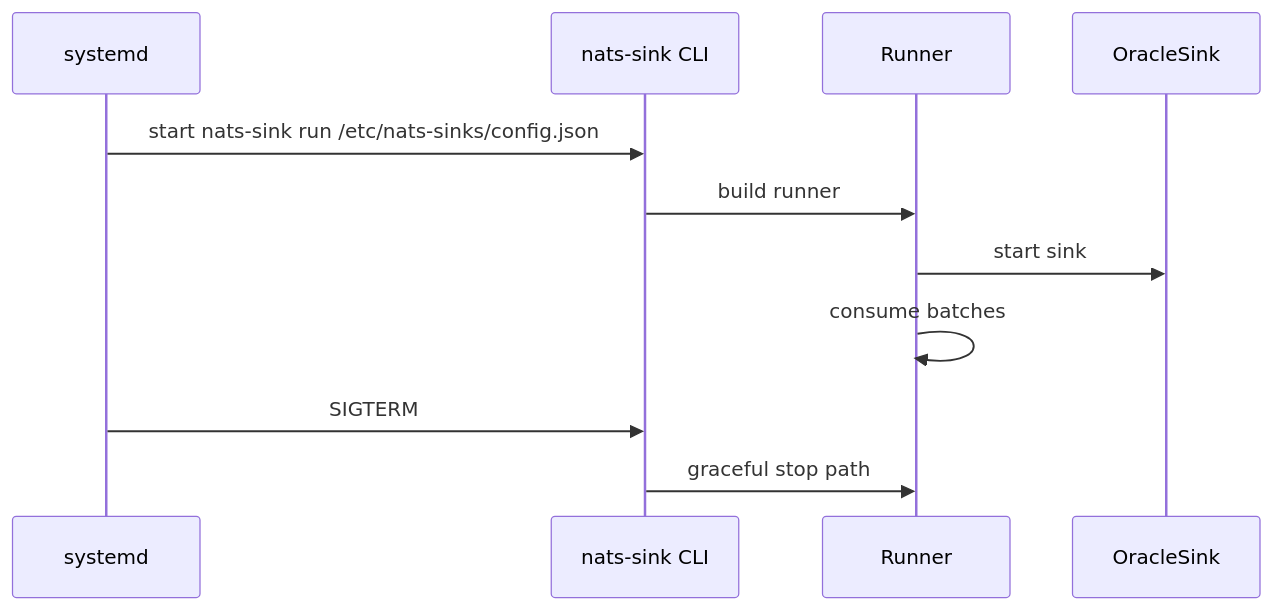
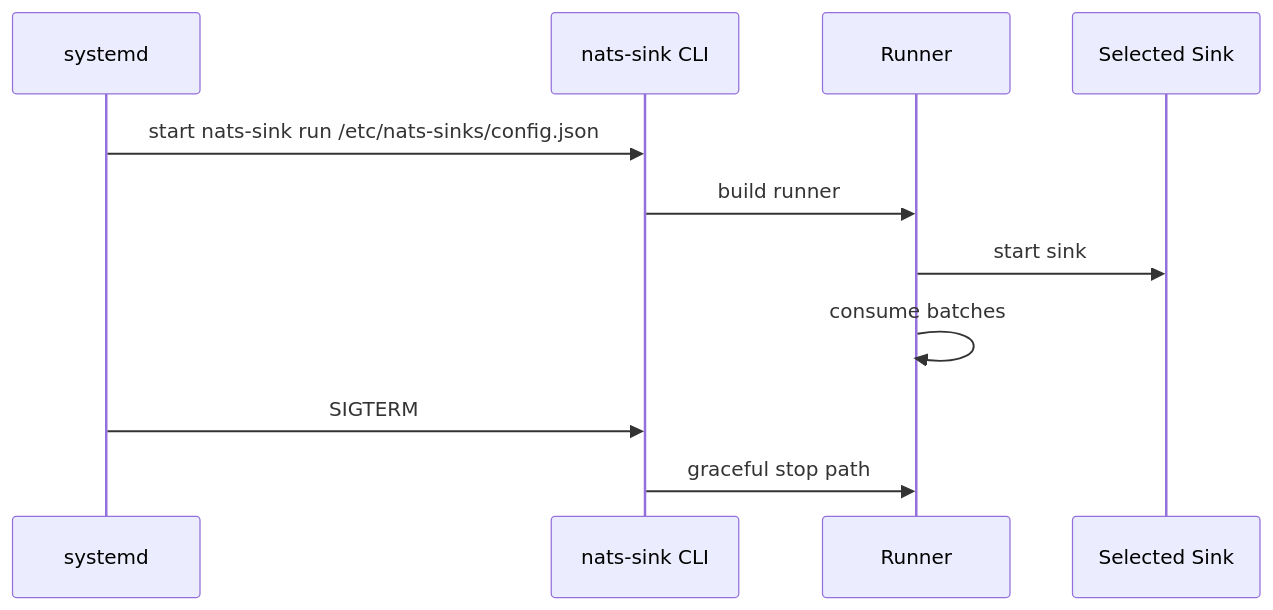
The diagram in docs/service-deployment.md (ProjectCuillin/nats-sinks), drawn with Mermaid before and after one commit. The commit also changed other lines of this file and 53 other files, not shown here.

````diff
--- a/docs/service-deployment.md
+++ b/docs/service-deployment.md
@@ -20,14 +20,14 @@
 ```mermaid
 sequenceDiagram
     participant systemd
     participant CLI as nats-sink CLI
     participant R as Runner
-    participant O as OracleSink
+    participant S as Selected Sink
 
     systemd->>CLI: start nats-sink run /etc/nats-sinks/config.json
     CLI->>R: build runner
-    R->>O: start sink
+    R->>S: start sink
     R->>R: consume batches
     systemd->>CLI: SIGTERM
     CLI->>R: graceful stop path
 ```
````
